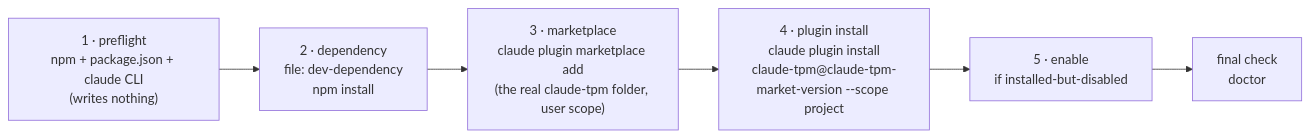
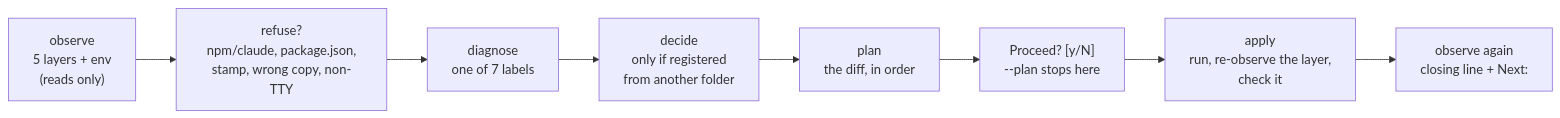
Before and after one commit to codercowboy/claude-tpm: the third of 3 diagrams in docs/technical.md, drawn with Mermaid. The commit also changed other lines of this file and 25 other files, not shown here.

````diff
--- a/docs/technical.md
+++ b/docs/technical.md
@@ -311,8 +314,10 @@
 ```mermaid
 flowchart LR
-  A["1 · preflight<br/>npm + package.json + claude CLI<br/>(writes nothing)"] --> B["2 · dependency<br/>file: dev-dependency<br/>npm install"]
-  B --> C["3 · marketplace<br/>claude plugin marketplace add<br/>(the real claude-tpm folder, user scope)"]
-  C --> D["4 · plugin install<br/>claude plugin install<br/>claude-tpm@claude-tpm-market-version --scope project"]
-  D --> E["5 · enable<br/>if installed-but-disabled"]
-  E --> F["final check<br/>doctor"]
+  A["observe<br/>5 layers + env<br/>(reads only)"] --> B["refuse?<br/>npm/claude, package.json,<br/>stamp, wrong copy, non-TTY"]
+  B --> C["diagnose<br/>one of 7 labels"]
+  C --> D["decide<br/>only if registered<br/>from another folder"]
+  D --> E["plan<br/>the diff, in order"]
+  E --> F["Proceed? [y/N]<br/>--plan stops here"]
+  F --> G["apply<br/>run, re-observe the layer,<br/>check it"]
+  G --> H["observe again<br/>closing line + Next:"]
 ```
````
